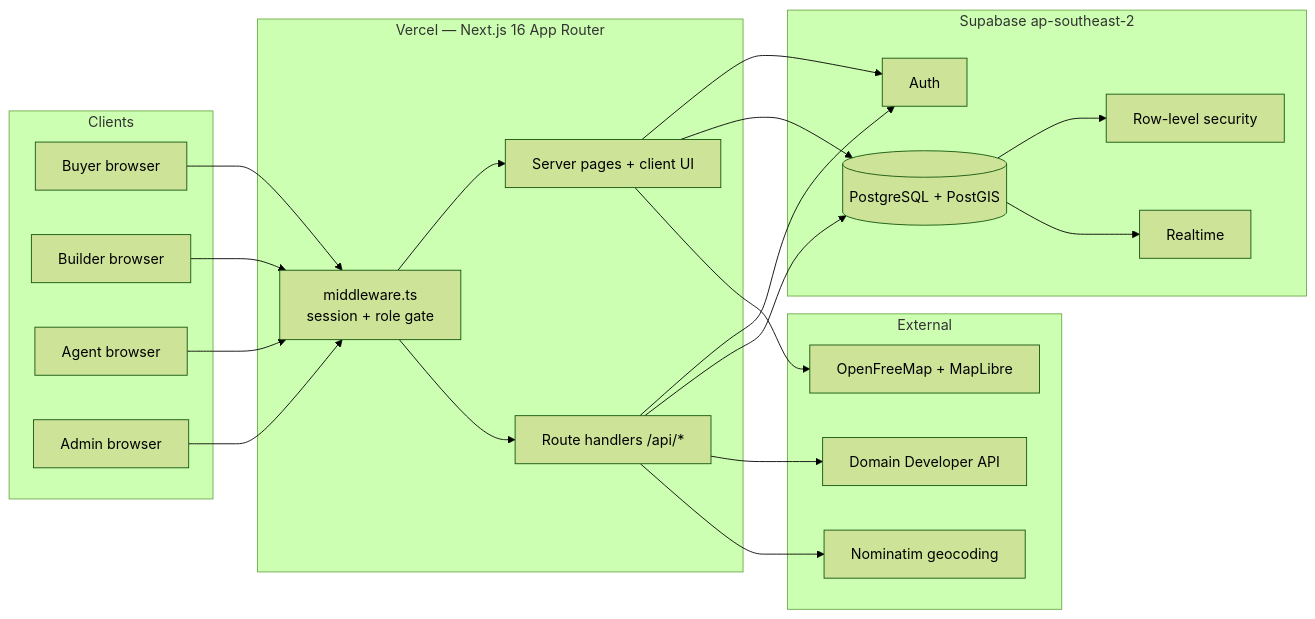
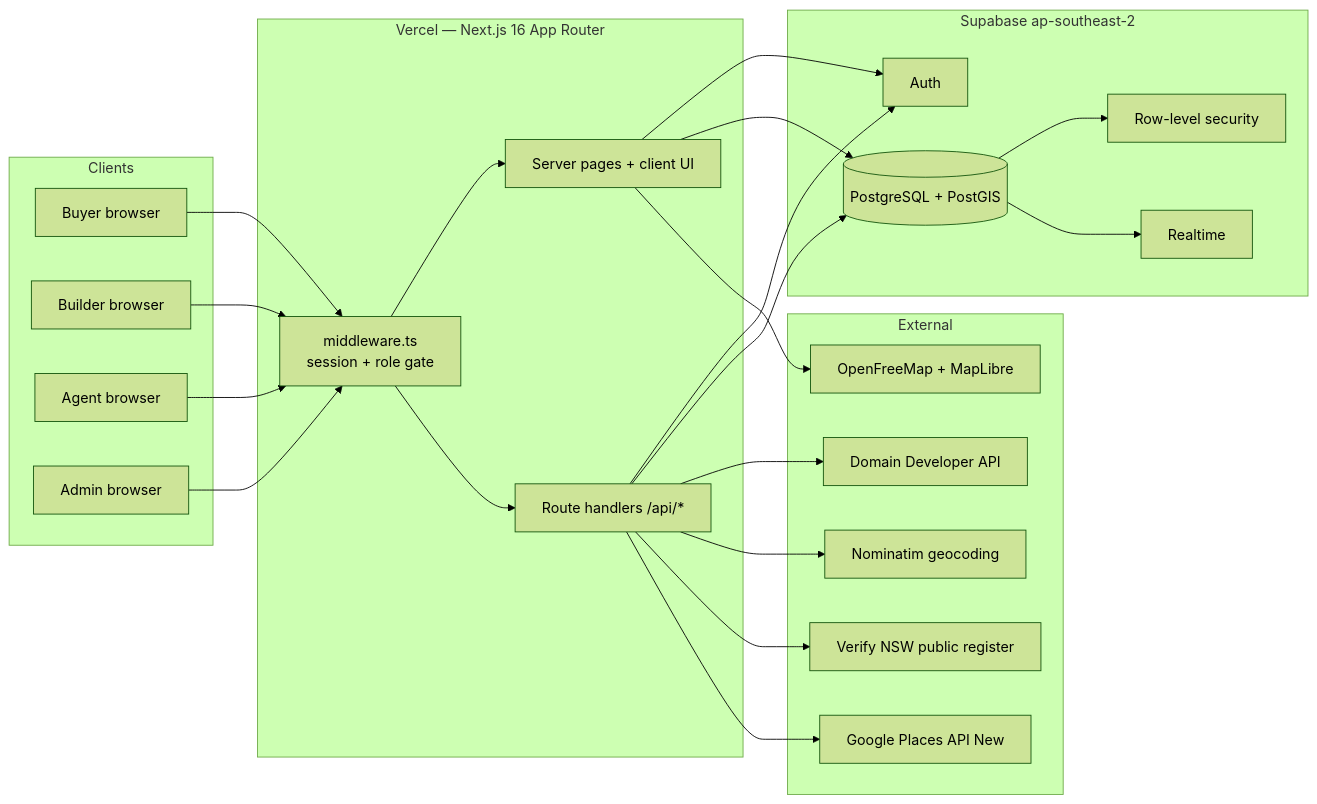
The first of 7 diagrams in docs/ARCHITECTURE.md (dealszillame-blip/velu-app), drawn with Mermaid (forest theme) before and after one commit. The commit also changed other lines of this file and 1 other file, not shown here.

First line of the commit message:
Refresh feature blueprint for NSW register and provider portal

````diff
--- a/docs/ARCHITECTURE.md
+++ b/docs/ARCHITECTURE.md
@@ -13,44 +13,48 @@
 ```mermaid
 flowchart LR
   subgraph Clients
     B[Buyer browser]
     R[Builder browser]
     A[Agent browser]
     D[Admin browser]
   end
 
   subgraph Vercel["Vercel — Next.js 16 App Router"]
     MW[middleware.ts<br/>session + role gate]
     UI[Server pages + client UI]
     API[Route handlers /api/*]
   end
 
   subgraph Supabase["Supabase ap-southeast-2"]
     AUTH[Auth]
     DB[(PostgreSQL + PostGIS)]
     RLS[Row-level security]
     RT[Realtime]
   end
 
   subgraph External
     DOM[Domain Developer API]
     MAP[OpenFreeMap + MapLibre]
     GEO[Nominatim geocoding]
+    NSW[Verify NSW public register]
+    GPL[Google Places API New]
   end
 
   B --> MW
   R --> MW
   A --> MW
   D --> MW
   MW --> UI
   MW --> API
   UI --> AUTH
   API --> AUTH
   API --> DB
   UI --> DB
   DB --> RLS
   API --> DOM
   UI --> MAP
   API --> GEO
+  API --> NSW
+  API --> GPL
   DB --> RT
 ```
````
